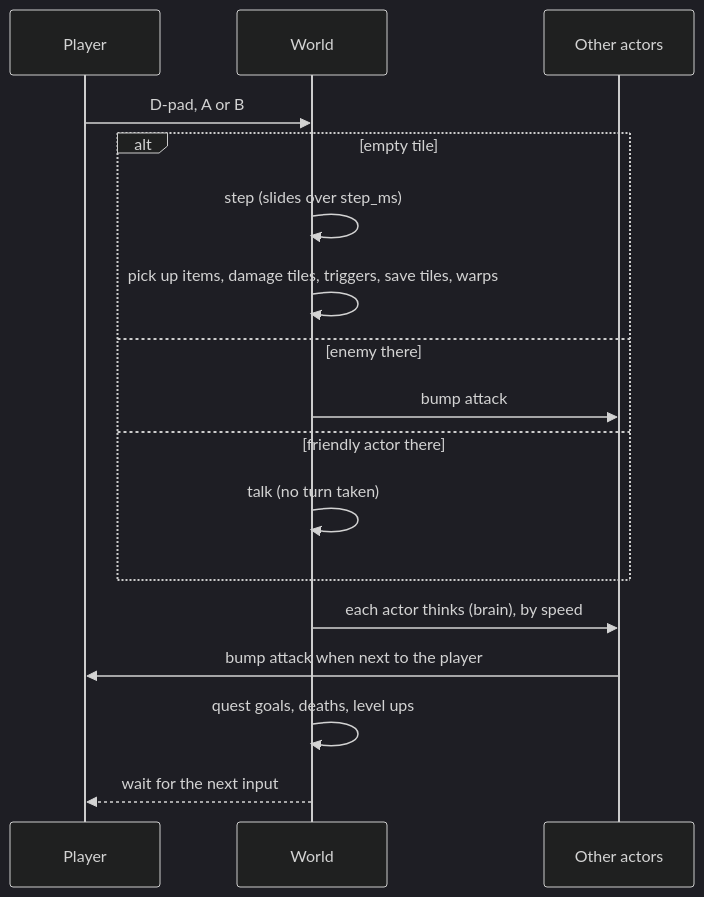
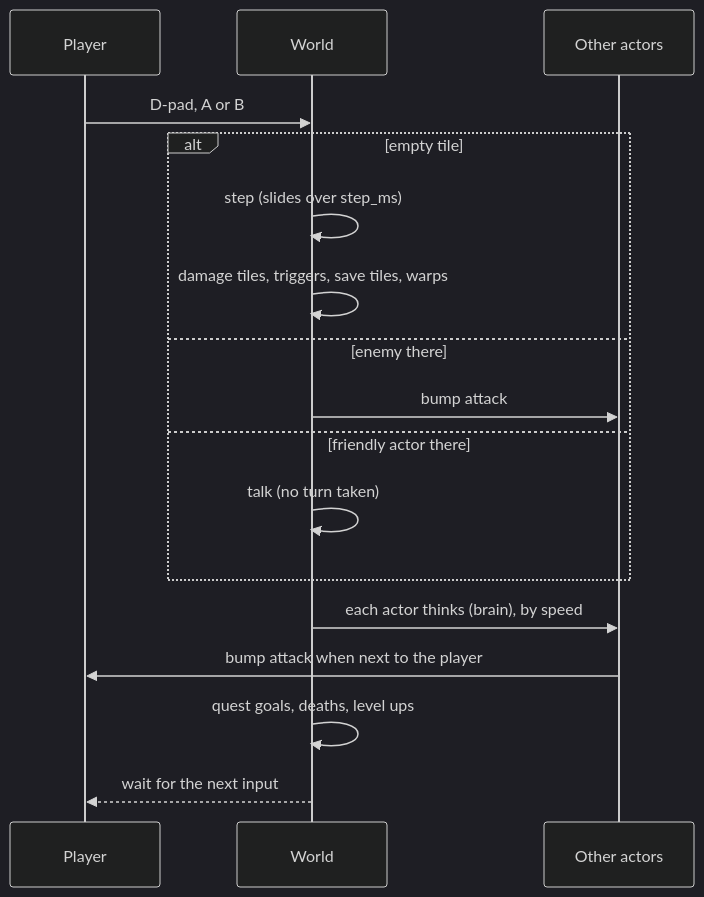
One commit to chili-chip/chili-game-sdk changed the second of 2 diagrams in docs/rpg/index.md. Above: the diagram before and after it, drawn with Mermaid (dark theme). The commit also changed other lines of this file and 15 other files, not shown here.

````diff
--- a/docs/rpg/index.md
+++ b/docs/rpg/index.md
@@ -112,19 +112,19 @@
 ```mermaid
 sequenceDiagram
     participant P as Player
     participant W as World
     participant E as Other actors
     P->>W: D-pad, A or B
     alt empty tile
         W->>W: step (slides over step_ms)
-        W->>W: pick up items, damage tiles, triggers, save tiles, warps
+        W->>W: damage tiles, triggers, save tiles, warps
     else enemy there
         W->>E: bump attack
     else friendly actor there
         W->>W: talk (no turn taken)
     end
     W->>E: each actor thinks (brain), by speed
     E->>P: bump attack when next to the player
     W->>W: quest goals, deaths, level ups
     W-->>P: wait for the next input
 ```
````
